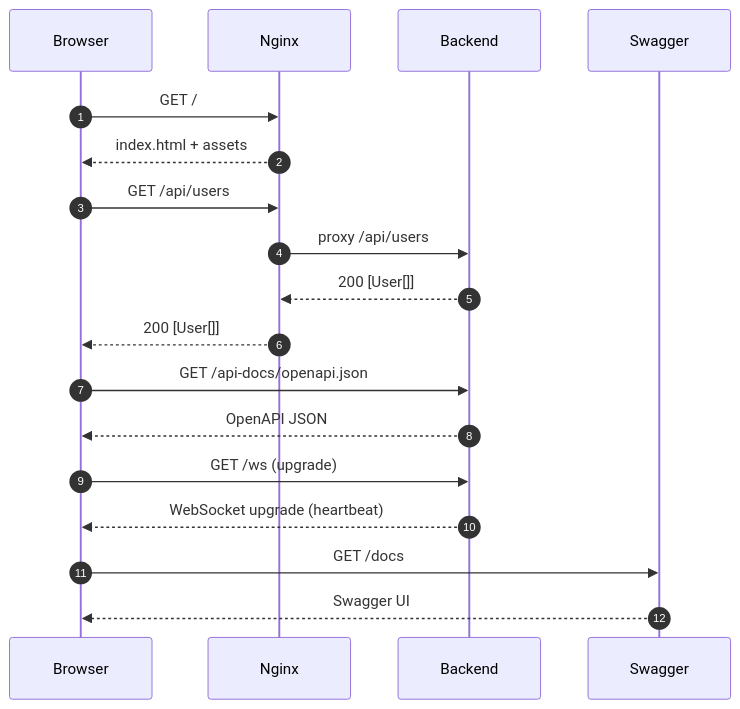
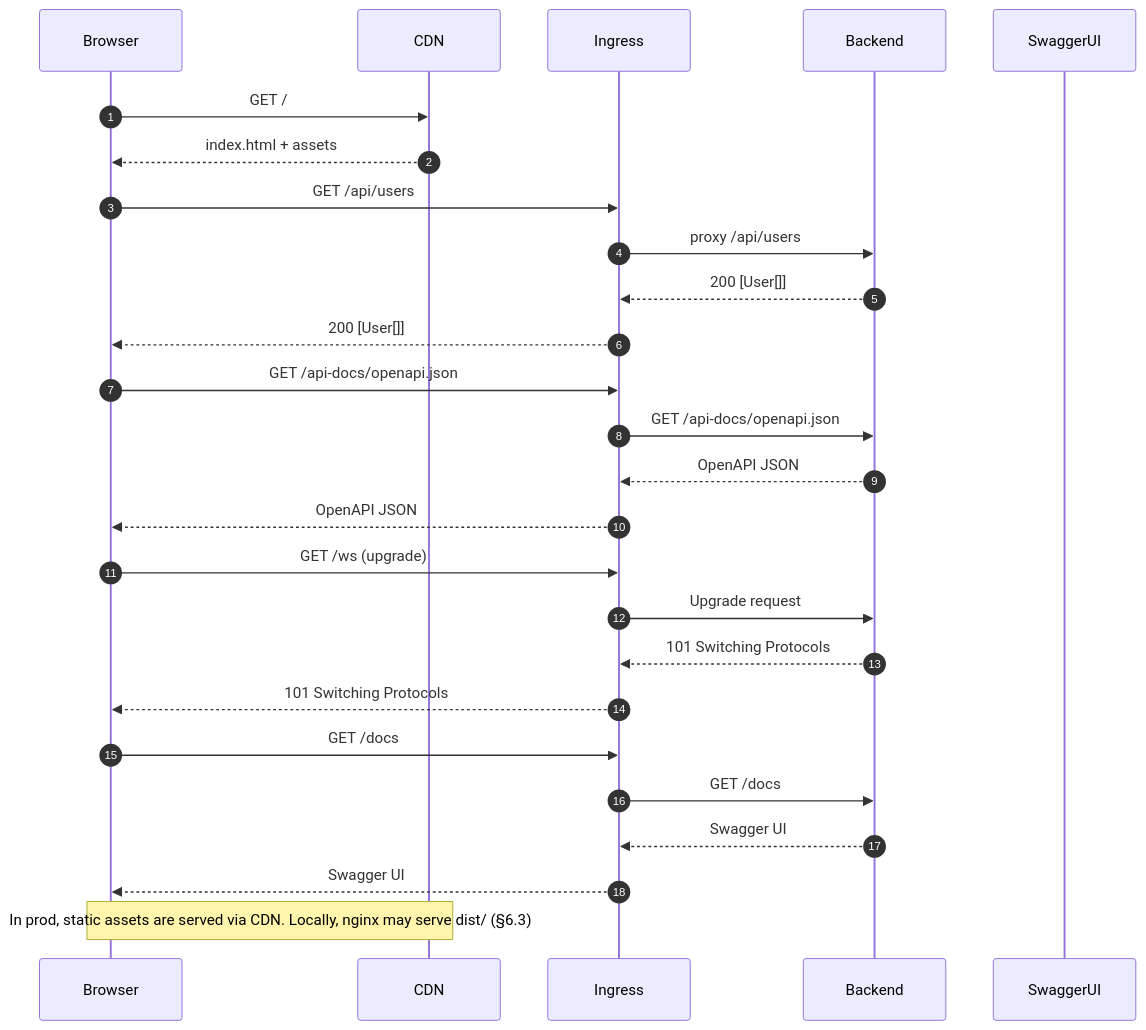
Before and after one commit to leynos/wildside: the diagram in docs/repository-structure.md, drawn with Mermaid. The commit also changed 6 other files, not shown here.

Commit message:
chore: configure puppeteer for mermaid lint

````diff
--- a/docs/repository-structure.md
+++ b/docs/repository-structure.md
@@ -16,21 +16,34 @@
 ```mermaid
 sequenceDiagram
   autonumber
   participant Browser
-  participant Nginx
+  participant CDN
+  participant Ingress
   participant Backend
-  participant Swagger
+  participant SwaggerUI
 
-  Browser->>Nginx: GET /
-  Nginx-->>Browser: index.html + assets
-  Browser->>Nginx: GET /api/users
-  Nginx->>Backend: proxy /api/users
-  Backend-->>Nginx: 200 [User[]]
-  Nginx-->>Browser: 200 [User[]]
-  Browser->>Backend: GET /api-docs/openapi.json
-  Backend-->>Browser: OpenAPI JSON
-  Browser->>Backend: GET /ws (upgrade)
-  Backend-->>Browser: WebSocket upgrade (heartbeat)
-  Browser->>Swagger: GET /docs
-  Swagger-->>Browser: Swagger UI
+  Browser->>CDN: GET /
+  CDN-->>Browser: index.html + assets
+
+  Browser->>Ingress: GET /api/users
+  Ingress->>Backend: proxy /api/users
+  Backend-->>Ingress: 200 [User[]]
+  Ingress-->>Browser: 200 [User[]]
+
+  Browser->>Ingress: GET /api-docs/openapi.json
+  Ingress->>Backend: GET /api-docs/openapi.json
+  Backend-->>Ingress: OpenAPI JSON
+  Ingress-->>Browser: OpenAPI JSON
+
+  Browser->>Ingress: GET /ws (upgrade)
+  Ingress->>Backend: Upgrade request
+  Backend-->>Ingress: 101 Switching Protocols
+  Ingress-->>Browser: 101 Switching Protocols
+
+  Browser->>Ingress: GET /docs
+  Ingress->>Backend: GET /docs
+  Backend-->>Ingress: Swagger UI
+  Ingress-->>Browser: Swagger UI
+
+  Note over Browser, CDN: In prod, static assets are served via CDN. Locally, nginx may serve dist/ (§6.3)
 ```
````
